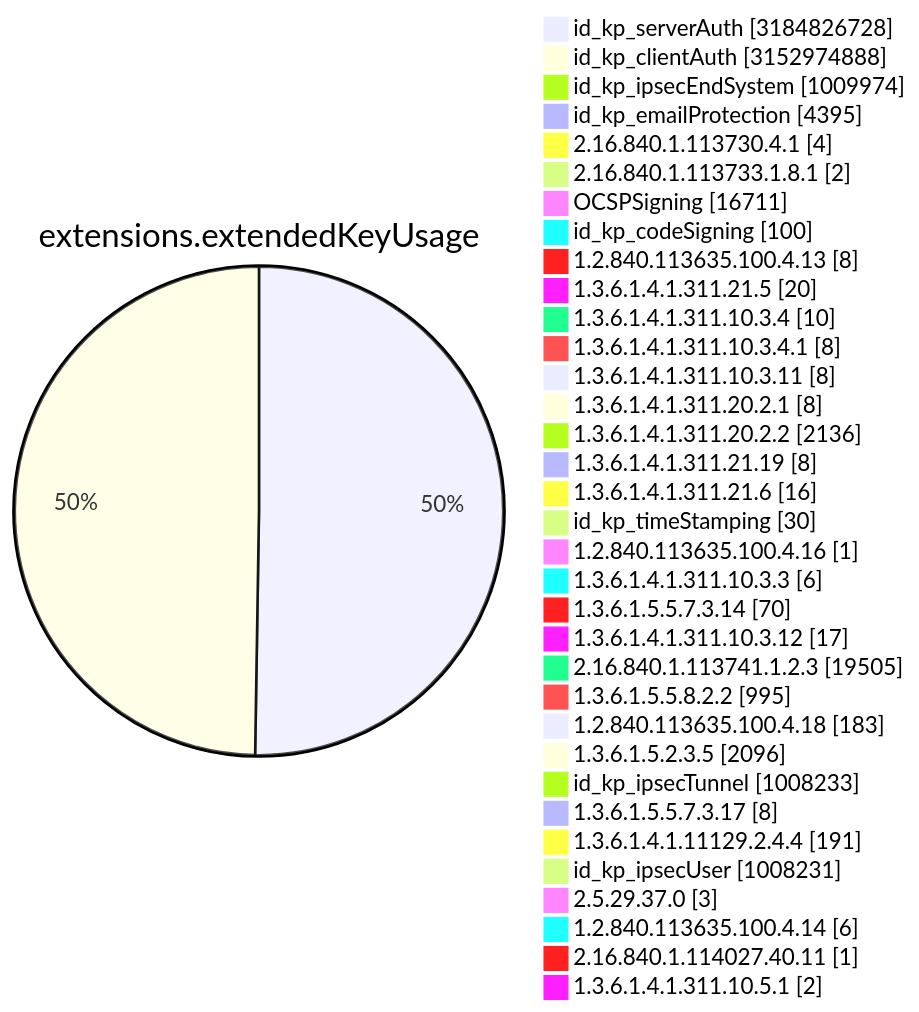
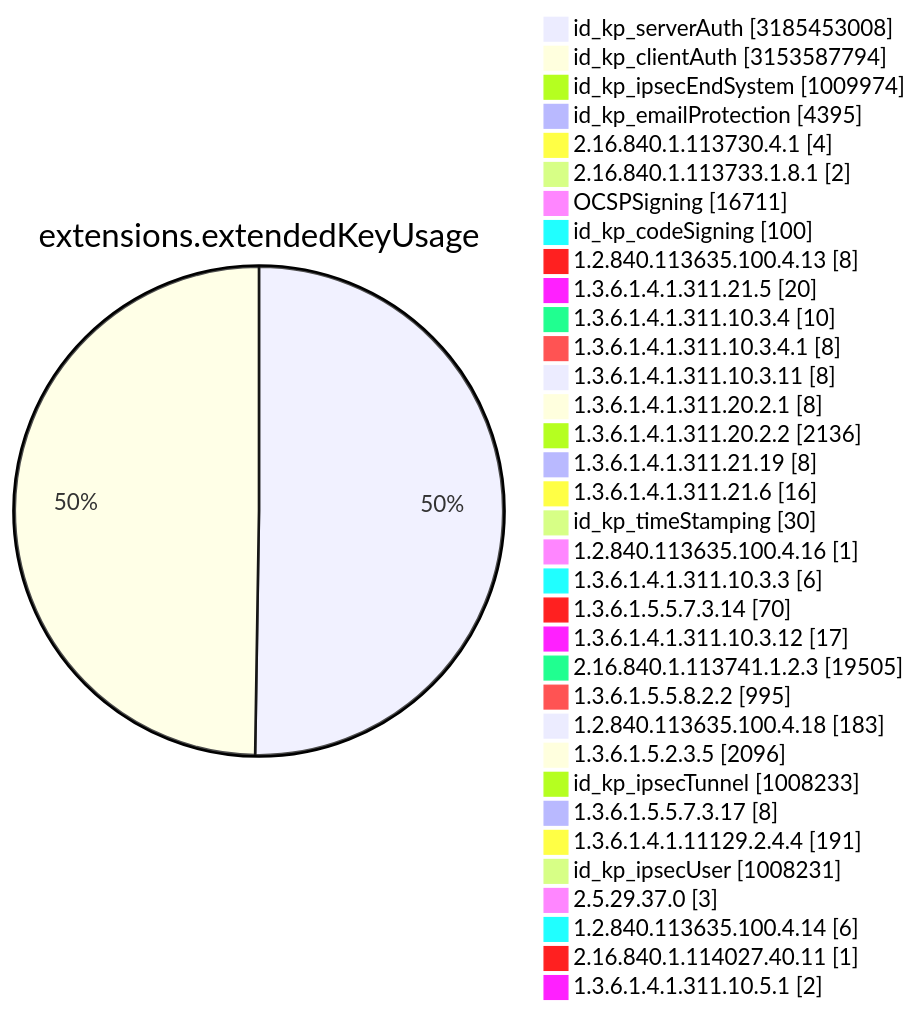
Before and after one commit to christiankrug/ctmonitor_visualization: diagram 11 of 15 in TOTAL/README.md, drawn with Mermaid. The commit also changed other lines of this file, not shown here.

````diff
--- a/TOTAL/README.md
+++ b/TOTAL/README.md
@@ -4119,38 +4119,38 @@
 ```mermaid
 pie showData
 title extensions.extendedKeyUsage
-"id_kp_serverAuth" :3184826728
-"id_kp_clientAuth" :3152974888
+"id_kp_serverAuth" :3185453008
+"id_kp_clientAuth" :3153587794
 "id_kp_ipsecEndSystem" :1009974
 "id_kp_emailProtection" :4395
 "2.16.840.1.113730.4.1" :4
 "2.16.840.1.113733.1.8.1" :2
 "OCSPSigning" :16711
 "id_kp_codeSigning" :100
 "1.2.840.113635.100.4.13" :8
 "1.3.6.1.4.1.311.21.5" :20
 "1.3.6.1.4.1.311.10.3.4" :10
 "1.3.6.1.4.1.311.10.3.4.1" :8
 "1.3.6.1.4.1.311.10.3.11" :8
 "1.3.6.1.4.1.311.20.2.1" :8
 "1.3.6.1.4.1.311.20.2.2" :2136
 "1.3.6.1.4.1.311.21.19" :8
 "1.3.6.1.4.1.311.21.6" :16
 "id_kp_timeStamping" :30
 "1.2.840.113635.100.4.16" :1
 "1.3.6.1.4.1.311.10.3.3" :6
 "1.3.6.1.5.5.7.3.14" :70
 "1.3.6.1.4.1.311.10.3.12" :17
 "2.16.840.1.113741.1.2.3" :19505
 "1.3.6.1.5.5.8.2.2" :995
 "1.2.840.113635.100.4.18" :183
 "1.3.6.1.5.2.3.5" :2096
 "id_kp_ipsecTunnel" :1008233
 "1.3.6.1.5.5.7.3.17" :8
 "1.3.6.1.4.1.11129.2.4.4" :191
 "id_kp_ipsecUser" :1008231
 "2.5.29.37.0" :3
 "1.2.840.113635.100.4.14" :6
 "2.16.840.1.114027.40.11" :1
 "1.3.6.1.4.1.311.10.5.1" :2
 ```
````
